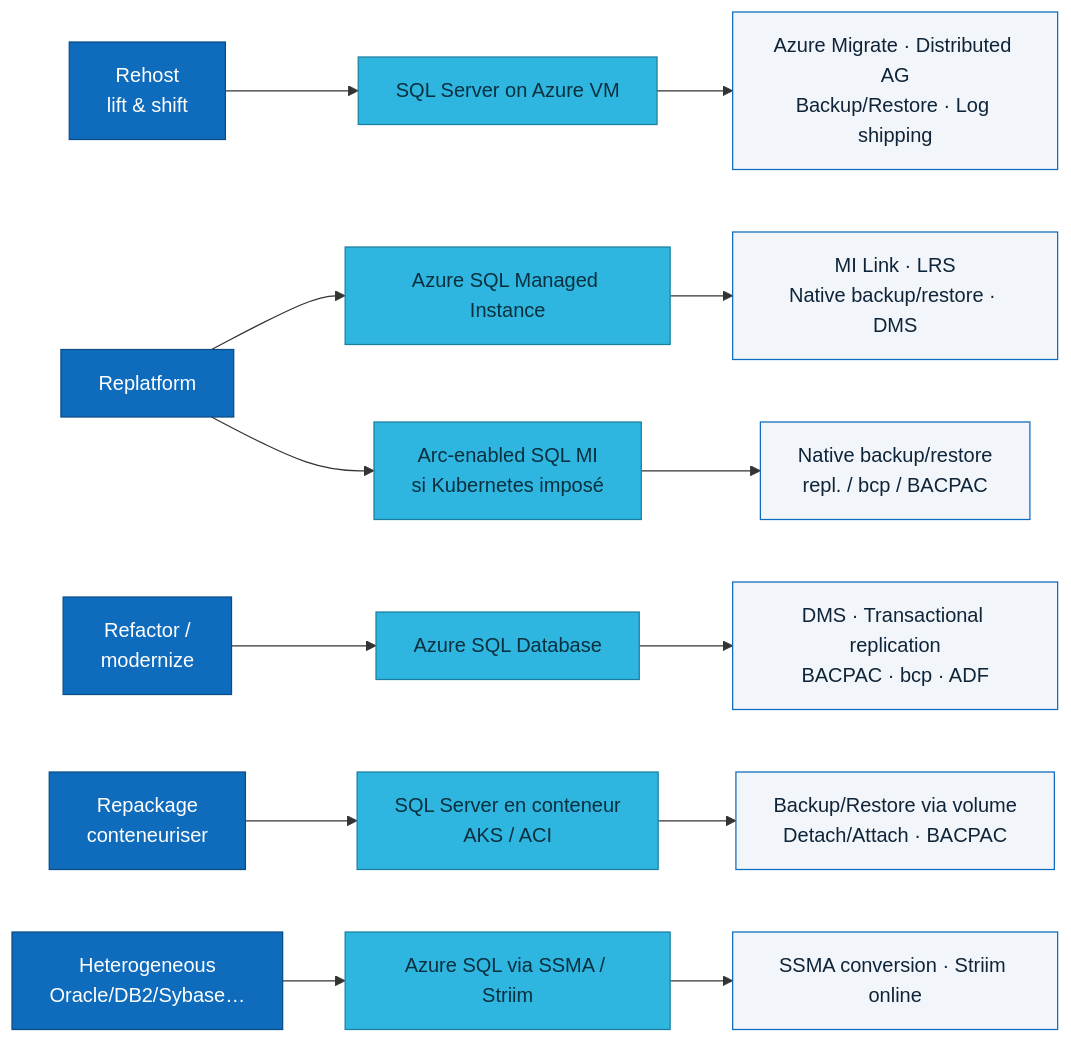
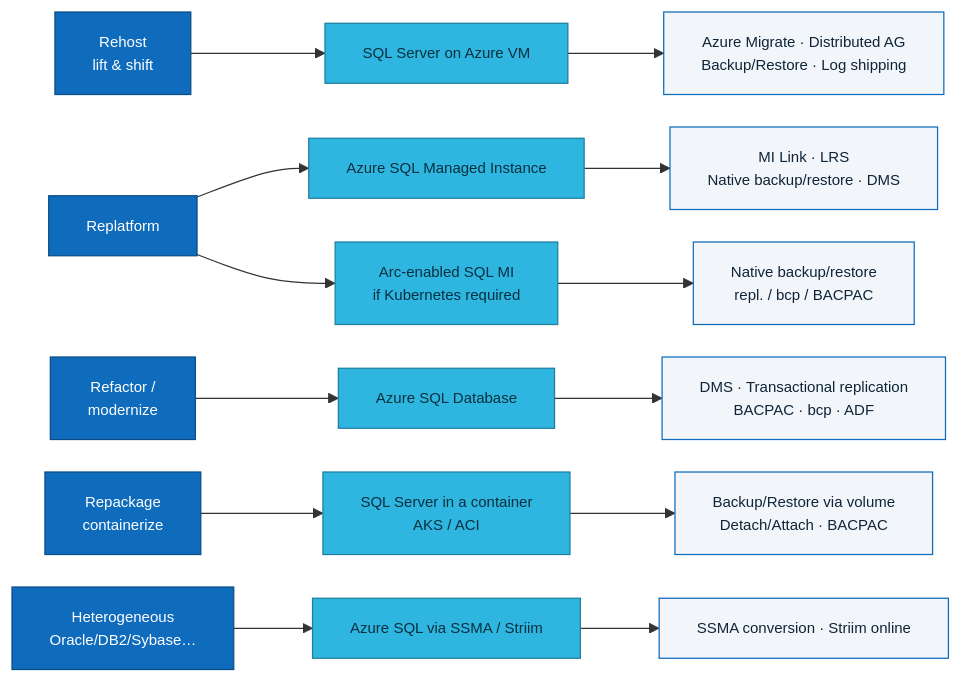
One commit to fredgis/FY27SQLMotion changed the second of 3 diagrams in docs/sql-server-to-azure-migration.md. Above: the diagram before and after it, drawn with Mermaid. The commit also changed other lines of this file, not shown here.

Commit message:
docs: translate SQL-to-Azure migration reference to English + compact mermaid

````diff
--- a/docs/sql-server-to-azure-migration.md
+++ b/docs/sql-server-to-azure-migration.md
@@ -147,23 +148,24 @@
 ```mermaid
+%%{init: {'flowchart': {'nodeSpacing': 26, 'rankSpacing': 60}, 'themeVariables': {'fontSize': '12px'}}}%%
 flowchart LR
     R1[Rehost<br/>lift &amp; shift] --> T1[SQL Server on Azure VM]
     R2[Replatform] --> T2[Azure SQL Managed Instance]
-    R2 --> T2b[Arc-enabled SQL MI<br/>si Kubernetes imposé]
+    R2 --> T2b[Arc-enabled SQL MI<br/>if Kubernetes required]
     R3[Refactor /<br/>modernize] --> T3[Azure SQL Database]
-    R4[Repackage<br/>conteneuriser] --> T4[SQL Server en conteneur<br/>AKS / ACI]
+    R4[Repackage<br/>containerize] --> T4[SQL Server in a container<br/>AKS / ACI]
     R5[Heterogeneous<br/>Oracle/DB2/Sybase…] --> T5[Azure SQL via SSMA / Striim]
 
     T1 --> M1[Azure Migrate · Distributed AG<br/>Backup/Restore · Log shipping]
     T2 --> M2[MI Link · LRS<br/>Native backup/restore · DMS]
     T2b --> M2b[Native backup/restore<br/>repl. / bcp / BACPAC]
     T3 --> M3[DMS · Transactional replication<br/>BACPAC · bcp · ADF]
     T4 --> M4[Backup/Restore via volume<br/>Detach/Attach · BACPAC]
     T5 --> M5[SSMA conversion · Striim online]
 
     classDef r fill:#0F6CBD,stroke:#0A4C86,color:#fff;
     classDef t fill:#2FB6E0,stroke:#1C7FA0,color:#08303f;
     classDef m fill:#F2F6FA,stroke:#0F6CBD,color:#0F2438;
     class R1,R2,R3,R4,R5 r;
     class T1,T2,T2b,T3,T4,T5 t;
     class M1,M2,M2b,M3,M4,M5 m;
 ```
````
